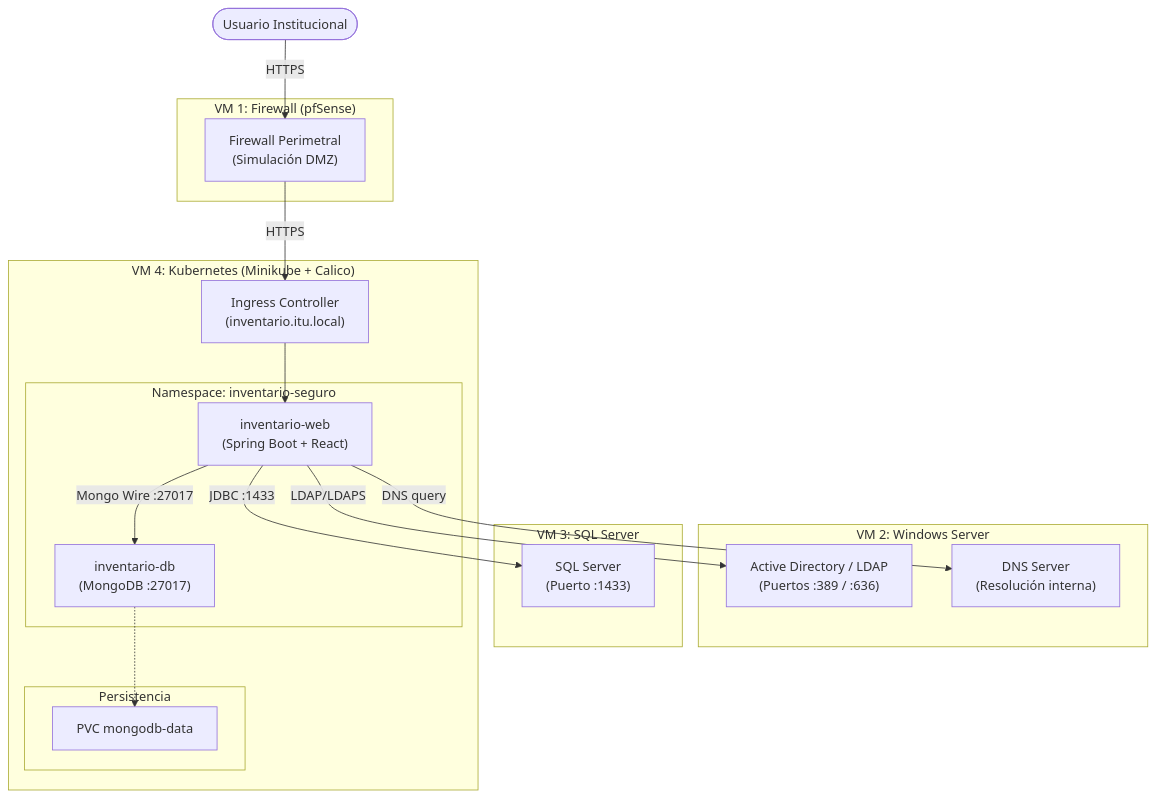
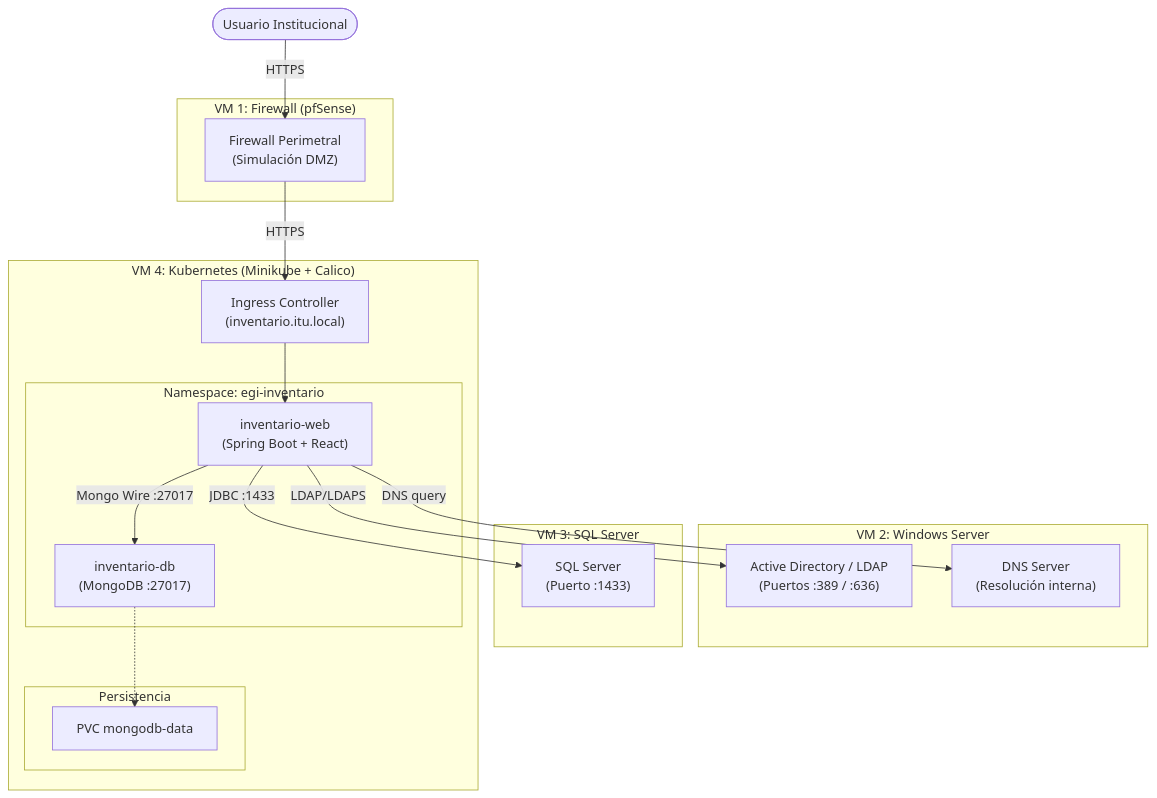
Before and after one commit to juanmahumeniuk/egi-inventario-seguro: the first of 6 diagrams in docs/Informe_EGI_Inventario.md, drawn with Mermaid. The commit also changed other lines of this file, not shown here.

Commit message:
docs: alinear namespace del informe a egi-inventario (coincide con k8s)

````diff
--- a/docs/Informe_EGI_Inventario.md
+++ b/docs/Informe_EGI_Inventario.md
@@ -48,40 +48,40 @@
 ```mermaid
 graph TD
     U([Usuario Institucional])
 
     subgraph VM1["VM 1: Firewall (pfSense)"]
         FW["Firewall Perimetral\n(Simulación DMZ)"]
     end
 
     subgraph VM2["VM 2: Windows Server"]
         AD["Active Directory / LDAP\n(Puertos :389 / :636)"]
         DNS["DNS Server\n(Resolución interna)"]
     end
 
     subgraph VM3["VM 3: SQL Server"]
         SQL["SQL Server\n(Puerto :1433)"]
     end
 
     subgraph VM4["VM 4: Kubernetes (Minikube + Calico)"]
         IC["Ingress Controller\n(inventario.itu.local)"]
         
-        subgraph NS["Namespace: inventario-seguro"]
+        subgraph NS["Namespace: egi-inventario"]
             FE["inventario-web\n(Spring Boot + React)"]
             MONGO["inventario-db\n(MongoDB :27017)"]
         end
 
         subgraph PV["Persistencia"]
             PV2[PVC mongodb-data]
         end
     end
 
     U -- "HTTPS" --> FW
     FW -- "HTTPS" --> IC
     IC --> FE
 
     FE -- "LDAP/LDAPS" --> AD
     FE -- "DNS query" --> DNS
     FE -- "JDBC :1433" --> SQL
     FE -- "Mongo Wire :27017" --> MONGO
     MONGO -.-> PV2
 ```
````
